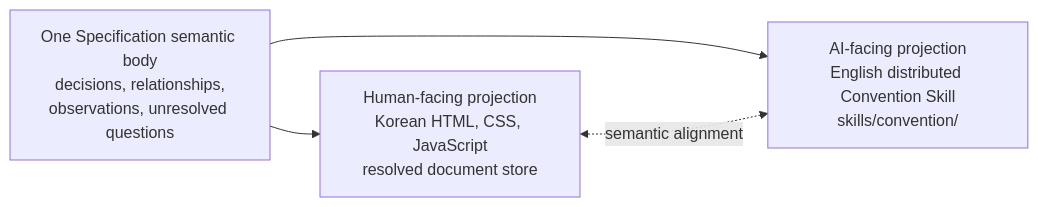
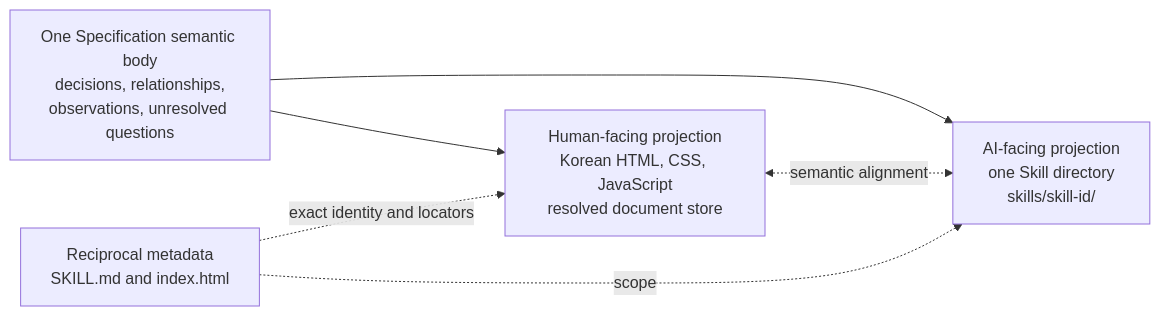
The fourth of 9 diagrams in skills/convention/references/diagrams.md (KoreanLeeChangHyun/agent-factory-codex-plugin), drawn with Mermaid before and after one commit. The commit also changed other lines of this file and 134 other files, not shown here.

````diff
--- a/skills/convention/references/diagrams.md
+++ b/skills/convention/references/diagrams.md
@@ -107,11 +107,14 @@
 ```mermaid
 flowchart LR
     accTitle: Specification pair semantic alignment
-    accDescr: One Specification semantic body has faithful Human-facing Korean browser and AI-facing English Convention Skill representations that remain aligned.
+    accDescr: One Skill directory and one Human-centered Korean Specification directory share reciprocal identity and locators while remaining semantically aligned.
     HumanView[Human-facing projection<br/>Korean HTML, CSS, JavaScript<br/>resolved document store]
     Core[One Specification semantic body<br/>decisions, relationships,<br/>observations, unresolved questions]
-    AIView[AI-facing projection<br/>English distributed Convention Skill<br/>skills/convention/]
+    AIView[AI-facing projection<br/>one Skill directory<br/>skills/skill-id/]
+    Binding[Reciprocal metadata<br/>SKILL.md and index.html]
     Core --> HumanView
     Core --> AIView
     HumanView <-. semantic alignment .-> AIView
+    Binding -. exact identity and locators .-> HumanView
+    Binding -. scope .-> AIView
 ```
````
